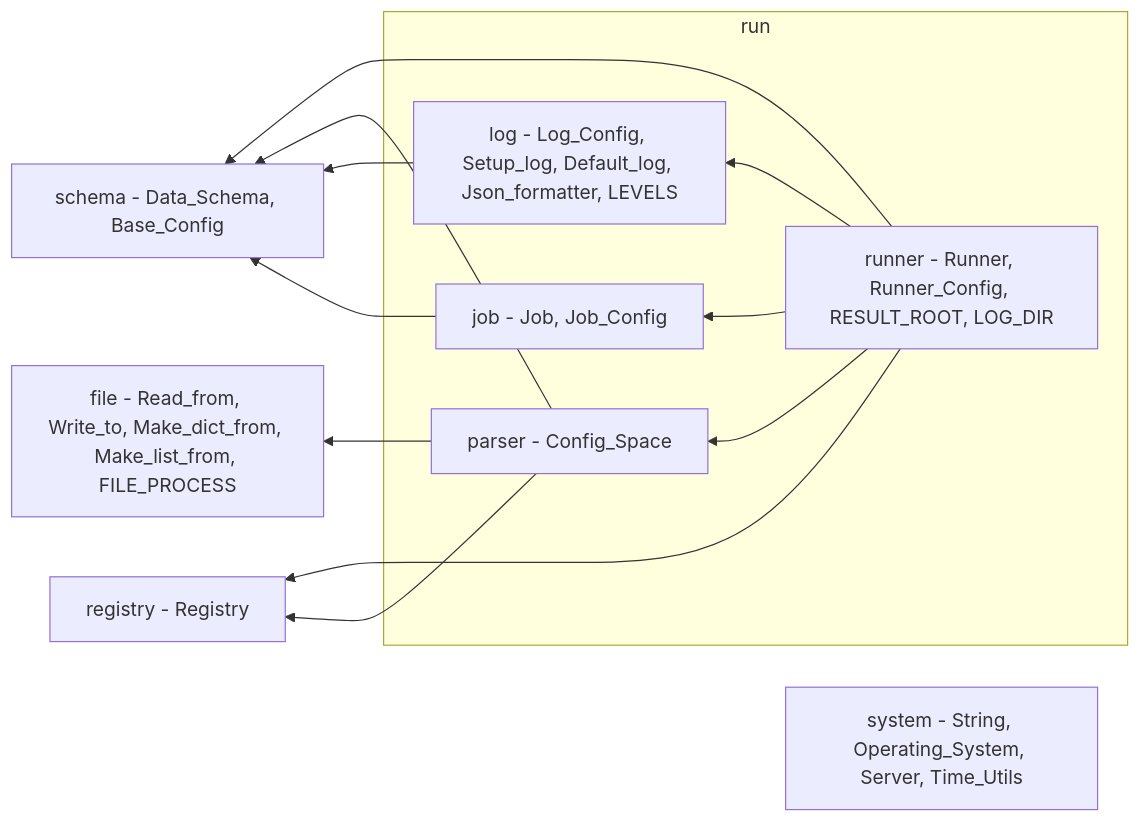
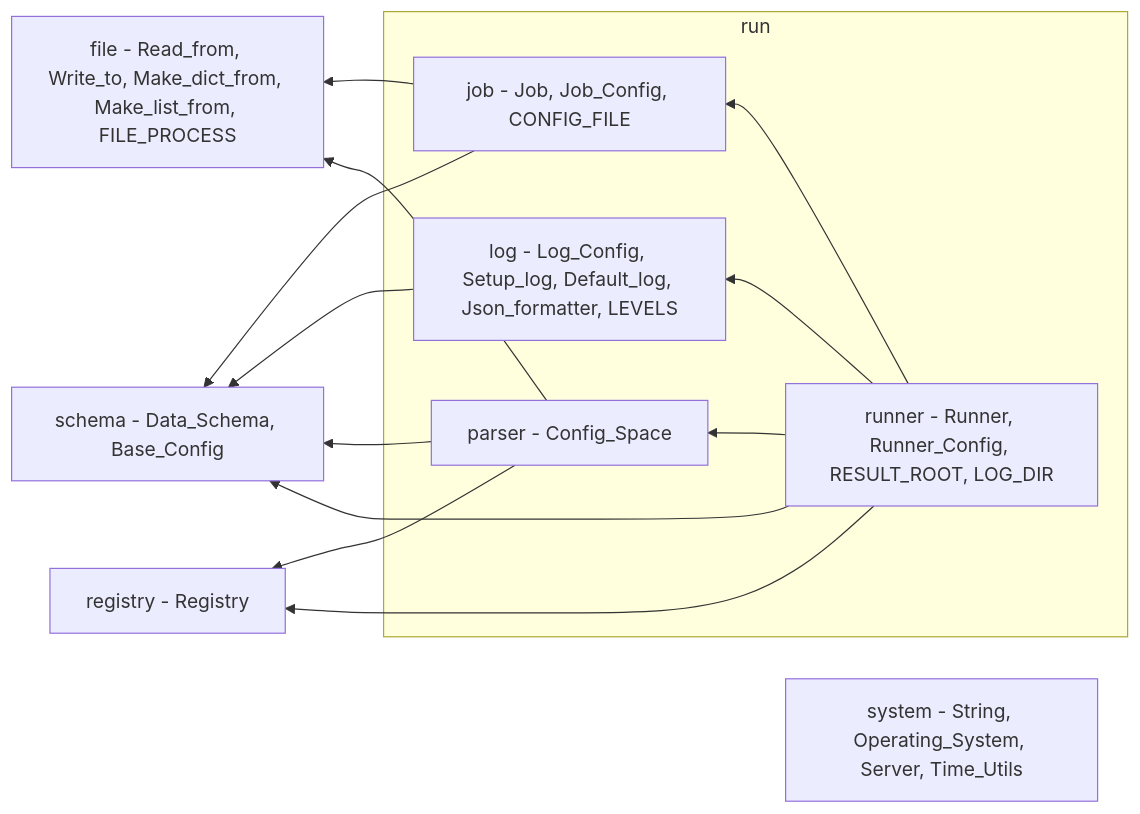
Before and after one commit to DXR-keonghun6612/ToolBox: the diagram in python_toolbox/README.md, drawn with Mermaid. The commit also changed other lines of this file and 2 other files, not shown here.

First line of the commit message:
feat: python_toolbox - job 이 결과 자리 아래 자기 폴더를 만들고, 이어서 할 때 자기 job 설정을 비교

````diff
--- a/python_toolbox/README.md
+++ b/python_toolbox/README.md
@@ -9,24 +9,25 @@
 ```mermaid
 graph RL
     subgraph run
         runner["runner - Runner, Runner_Config, RESULT_ROOT, LOG_DIR"]
         parser["parser - Config_Space"]
         log["log - Log_Config, Setup_log, Default_log, Json_formatter, LEVELS"]
-        job["job - Job, Job_Config"]
+        job["job - Job, Job_Config, CONFIG_FILE"]
     end
     schema["schema - Data_Schema, Base_Config"]
     file["file - Read_from, Write_to, Make_dict_from, Make_list_from, FILE_PROCESS"]
     registry["registry - Registry"]
     system["system - String, Operating_System, Server, Time_Utils"]
 
     runner --> parser
     runner --> job
     runner --> schema
     runner --> registry
     parser --> schema
     parser --> file
     parser --> registry
     runner --> log
     log --> schema
     job --> schema
+    job --> file
 ```
````
